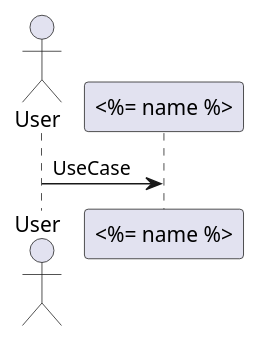
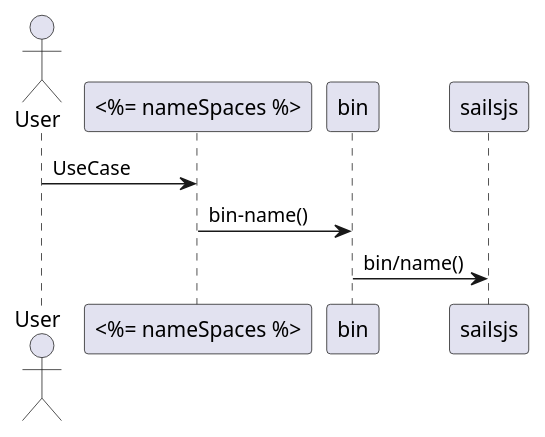
Before and after one commit to madajaju/bouquet: the diagram in bouquet-SubSystem/templates/UserInteraction.puml, drawn with PlantUML. The commit also changed 36 other files, not shown here.

```diff
--- a/bouquet-SubSystem/templates/UserInteraction.puml
+++ b/bouquet-SubSystem/templates/UserInteraction.puml
@@ -1,6 +1,8 @@
 @startuml
 actor User
 
-User -> "<%= name %>": UseCase
+User -> "<%= nameSpaces %>": UseCase
+"<%= nameSpaces %>" -> bin: bin-name()
+bin -> sailsjs: bin/name()
 
 @enduml
```
